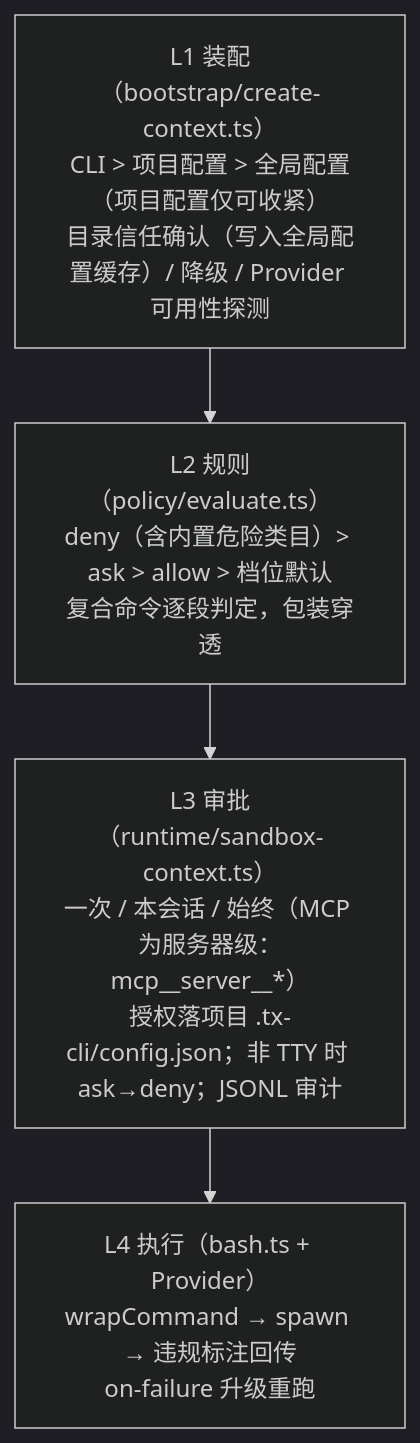
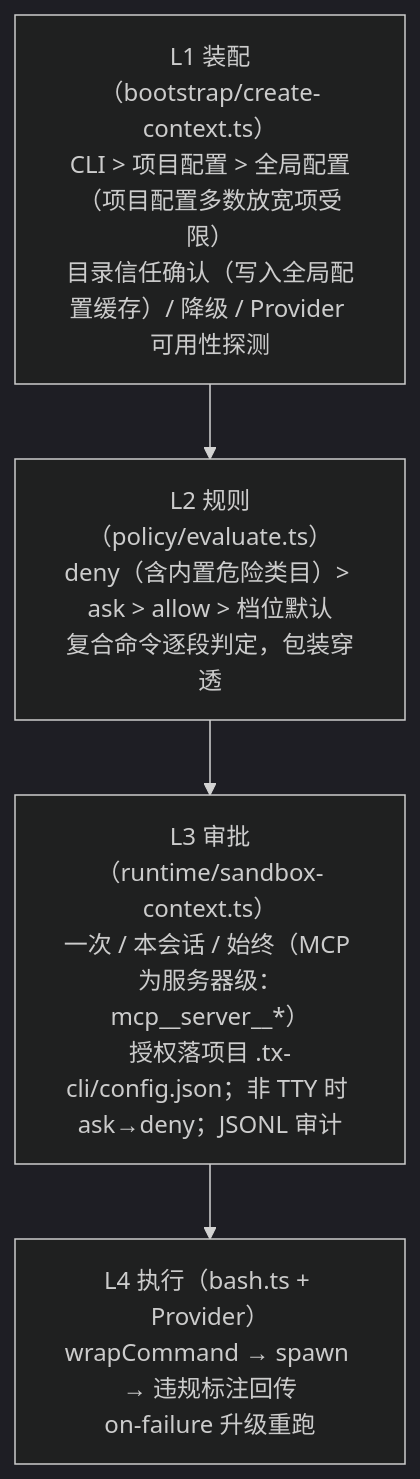
One commit to tanyueran/tx-cli changed the third of 3 diagrams in docs/ARCHITECTURE.md. Above: the diagram before and after it, drawn with Mermaid (dark theme). The commit also changed other lines of this file and 7 other files, not shown here.

````diff
--- a/docs/ARCHITECTURE.md
+++ b/docs/ARCHITECTURE.md
@@ -368,8 +371,8 @@
 ```mermaid
 flowchart TD
-    L1["L1 装配（bootstrap/create-context.ts）<br/>CLI > 项目配置 > 全局配置（项目配置仅可收紧）<br/>目录信任确认（写入全局配置缓存）/ 降级 / Provider 可用性探测"]
+    L1["L1 装配（bootstrap/create-context.ts）<br/>CLI > 项目配置 > 全局配置（项目配置多数放宽项受限）<br/>目录信任确认（写入全局配置缓存）/ 降级 / Provider 可用性探测"]
     L2["L2 规则（policy/evaluate.ts）<br/>deny（含内置危险类目）> ask > allow > 档位默认<br/>复合命令逐段判定，包装穿透"]
     L3["L3 审批（runtime/sandbox-context.ts）<br/>一次 / 本会话 / 始终（MCP 为服务器级：mcp__server__*）<br/>授权落项目 .tx-cli/config.json；非 TTY 时 ask→deny；JSONL 审计"]
     L4["L4 执行（bash.ts + Provider）<br/>wrapCommand → spawn → 违规标注回传<br/>on-failure 升级重跑"]
     L1 --> L2 --> L3 --> L4
 ```
````
